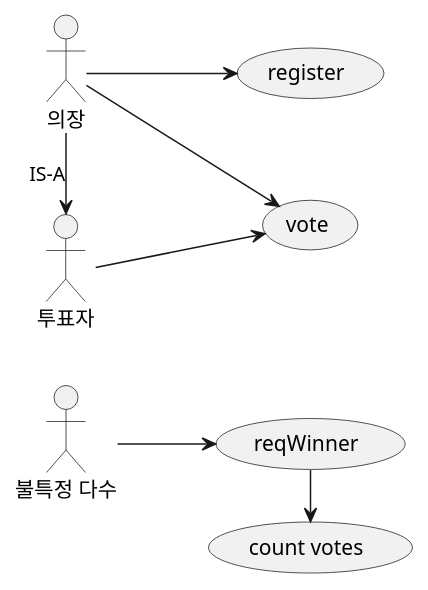
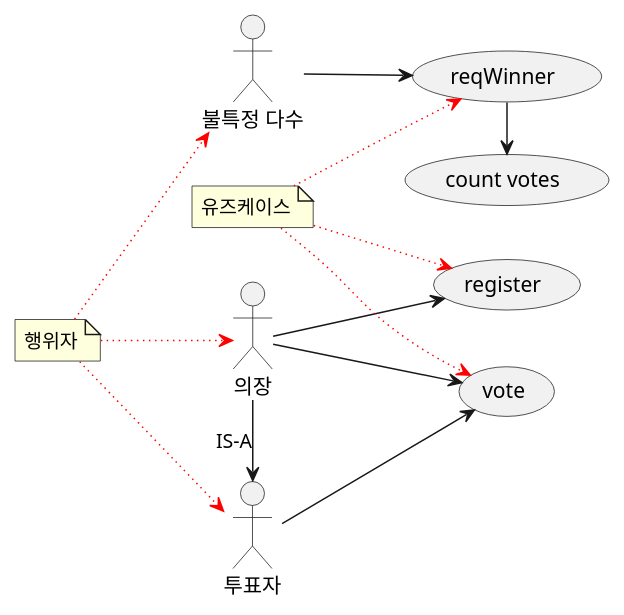
Before and after one commit to jinagada/truffle-sample: the diagram in sample-src/CH03/Ballot.puml, drawn with PlantUML. The commit also changed 4 other files, not shown here.

Commit message:
UML 변경 및 추가

```diff
--- a/sample-src/CH03/Ballot.puml
+++ b/sample-src/CH03/Ballot.puml
@@ -1,11 +1,23 @@
 @startuml
 'https://plantuml.com/use-case-diagram
+
 left to right direction
+
 :불특정 다수: --> (reqWinner)
 (reqWinner) -> (count votes)
-
 :의장: --> (register)
 :의장: --> (vote)
 :의장: -> :투표자: : IS-A
 :투표자: --> (vote)
+
+
+note "행위자" as N1
+N1 --> :의장: #red;line.dotted;
+N1 --> :투표자: #red;line.dotted;
+N1 --> :불특정 다수: #red;line.dotted;
+note "유즈케이스" as N2
+N2 --> (register) #red;line.dotted;
+N2 --> (vote) #red;line.dotted;
+N2 --> (reqWinner) #red;line.dotted;
+
 @enduml
```
